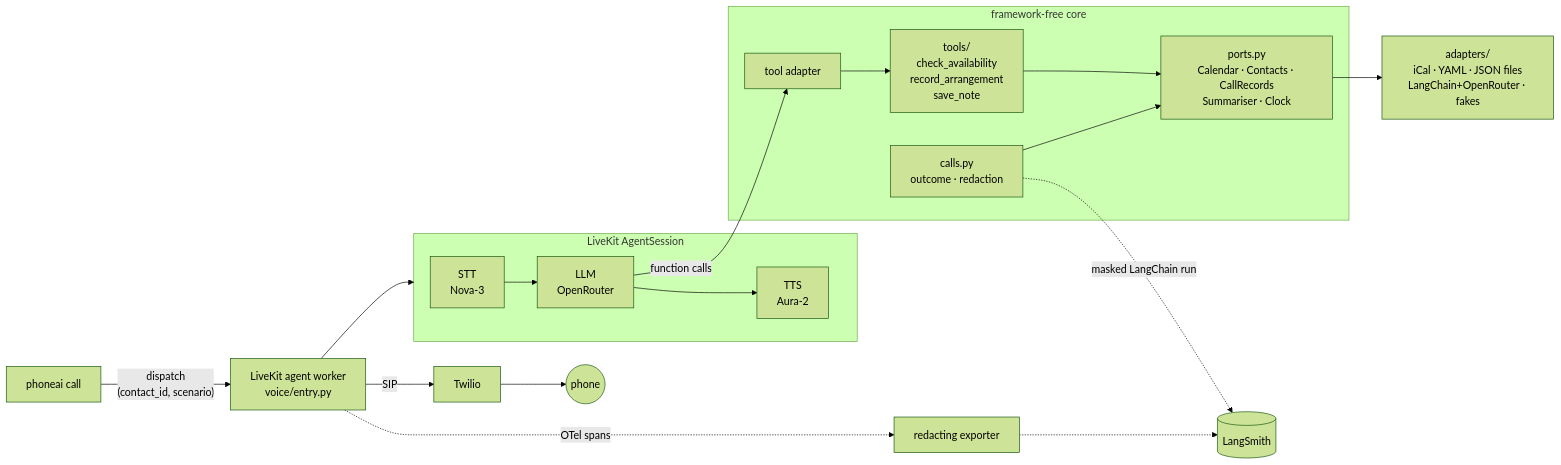
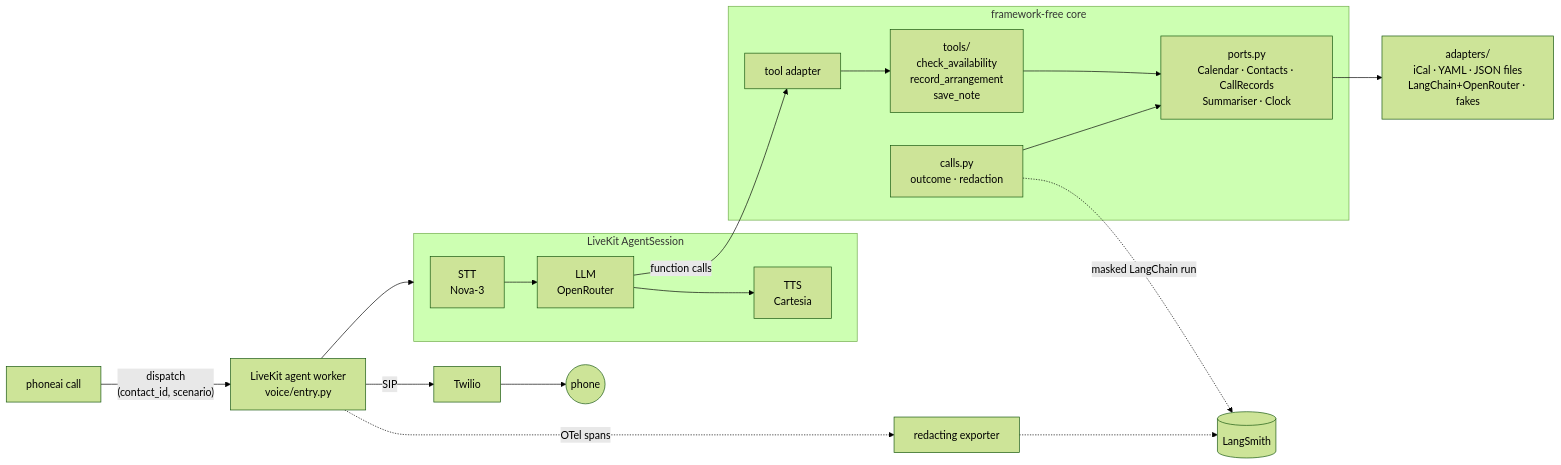
Before and after one commit to sattaman/phoneai: the diagram in README.md, drawn with Mermaid (forest theme). The commit also changed other lines of this file and 1 other file, not shown here.

````diff
--- a/README.md
+++ b/README.md
@@ -36,18 +60,18 @@
 ```mermaid
 flowchart LR
   CLI["phoneai call"] -- dispatch<br/>(contact_id, scenario) --> W["LiveKit agent worker<br/>voice/entry.py"]
   W -- SIP --> T["Twilio"] --> P(("phone"))
   subgraph voice ["LiveKit AgentSession"]
-    STT["STT<br/>Nova-3"] --> LLM["LLM<br/>OpenRouter"] --> TTS["TTS<br/>Aura-2"]
+    STT["STT<br/>Nova-3"] --> LLM["LLM<br/>OpenRouter"] --> TTS["TTS<br/>Cartesia"]
   end
   W --> voice
   LLM -- function calls --> TA["tool adapter"]
   subgraph core ["framework-free core"]
     TA --> Tools["tools/<br/>check_availability<br/>record_arrangement<br/>save_note"]
     Tools --> Ports["ports.py<br/>Calendar · Contacts · CallRecords<br/>Summariser · Clock"]
     Calls["calls.py<br/>outcome · redaction"] --> Ports
   end
   Ports --> A["adapters/<br/>iCal · YAML · JSON files<br/>LangChain+OpenRouter · fakes"]
   W -. OTel spans .-> R["redacting exporter"] -.-> LS[("LangSmith")]
   Calls -. masked LangChain run .-> LS
 ```
````
